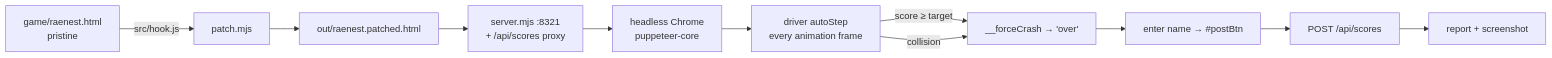
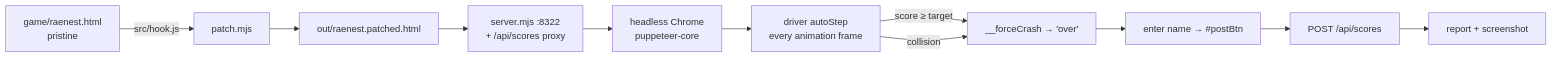
One commit to c0d33ngr/autoplay-raenest-game changed the diagram in README.md. Above: the diagram before and after it, drawn with Mermaid. The commit also changed other lines of this file and 7 other files, not shown here.

````diff
--- a/README.md
+++ b/README.md
@@ -63,13 +63,13 @@
 ```mermaid
 flowchart LR
   A[game/raenest.html<br>pristine] -->|src/hook.js| P[patch.mjs]
   P --> B[out/raenest.patched.html]
-  B --> S[server.mjs :8321<br>+ /api/scores proxy]
+  B --> S[server.mjs :8322<br>+ /api/scores proxy]
   S --> C[headless Chrome<br>puppeteer-core]
   C --> D[driver autoStep<br>every animation frame]
   D -->|score ≥ target| F[__forceCrash → 'over']
   D -->|collision| F
   F --> G[enter name → #postBtn]
   G --> H[POST /api/scores]
   H --> I[report + screenshot]
 ```
````
